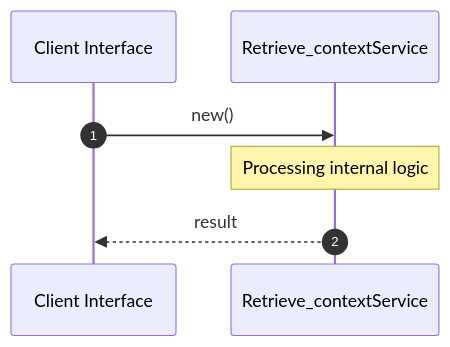
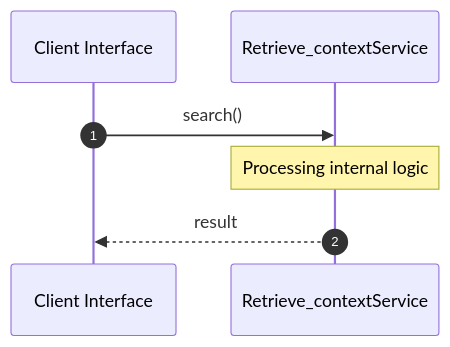
The second of 2 diagrams in openwiki/crates_factory-mcp-server_src_tools_retrieve_context_rs.md (lgcorzo/rust_CACD_autonomous_factory), drawn with Mermaid before and after one commit. The commit also changed other lines of this file and 78 other files, not shown here.

````diff
--- a/openwiki/crates_factory-mcp-server_src_tools_retrieve_context_rs.md
+++ b/openwiki/crates_factory-mcp-server_src_tools_retrieve_context_rs.md
@@ -131,10 +131,10 @@
 ```mermaid
 sequenceDiagram
     autonumber
     participant Caller as Client Interface
     participant Svc as Retrieve_contextService
-    Caller->>Svc: new()
+    Caller->>Svc: search()
     Note over Svc: Processing internal logic
     Svc-->>Caller: result
 
 ```
````
